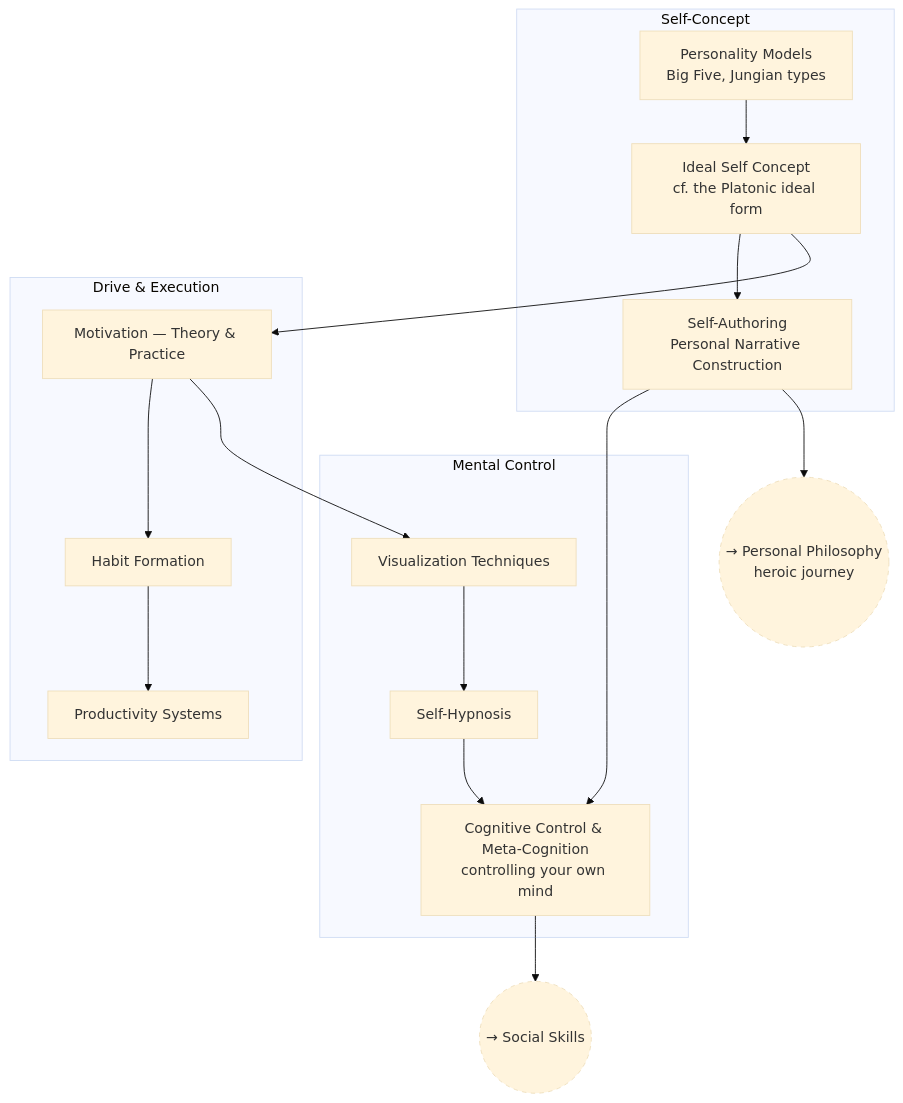
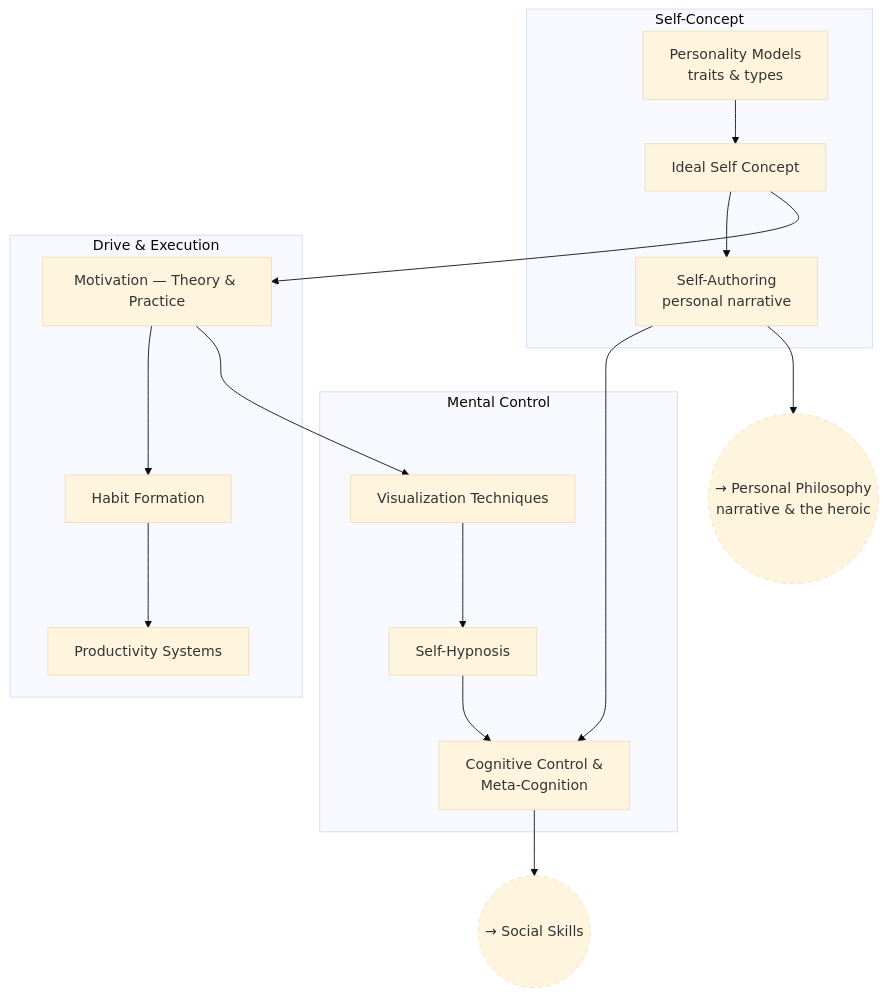
Before and after one commit to nocontextwindow/skill-trees: the diagram in trees/psychology-self-mastery/index.md, drawn with Mermaid (base theme). The commit also changed other lines of this file and 50 other files, not shown here.

````diff
--- a/trees/psychology-self-mastery/index.md
+++ b/trees/psychology-self-mastery/index.md
@@ -8,33 +13,33 @@
 ```mermaid
 flowchart TD
     subgraph "Self-Concept"
-        PSY_PERSONALITY[Personality Models<br/>Big Five, Jungian types]
-        PSY_IDEAL[Ideal Self Concept<br/>cf. the Platonic ideal form]
-        PSY_AUTHOR[Self-Authoring<br/>Personal Narrative Construction]
+        PSY_PERSONALITY[Personality Models<br/>traits & types]
+        PSY_IDEAL[Ideal Self Concept]
+        PSY_AUTHOR[Self-Authoring<br/>personal narrative]
         PSY_PERSONALITY --> PSY_IDEAL --> PSY_AUTHOR
     end
 
     subgraph "Drive & Execution"
         PSY_MOTIVE[Motivation — Theory & Practice]
         PSY_HABIT[Habit Formation]
         PSY_PRODUCTIVITY[Productivity Systems]
         PSY_MOTIVE --> PSY_HABIT --> PSY_PRODUCTIVITY
     end
 
     subgraph "Mental Control"
         PSY_VISUAL[Visualization Techniques]
         PSY_HYPNO[Self-Hypnosis]
-        PSY_COGCTRL[Cognitive Control & Meta-Cognition<br/>controlling your own mind]
+        PSY_COGCTRL[Cognitive Control &<br/>Meta-Cognition]
         PSY_VISUAL --> PSY_HYPNO --> PSY_COGCTRL
     end
 
     PSY_IDEAL --> PSY_MOTIVE
     PSY_MOTIVE --> PSY_VISUAL
     PSY_AUTHOR --> PSY_COGCTRL
 
     classDef crosslink stroke-dasharray: 5 5
-    PSY_PP(("→ Personal Philosophy<br/>heroic journey")):::crosslink
+    PSY_PP(("→ Personal Philosophy<br/>narrative & the heroic")):::crosslink
     PSY_SOC(("→ Social Skills")):::crosslink
     PSY_AUTHOR --> PSY_PP
     PSY_COGCTRL --> PSY_SOC
 ```
````
